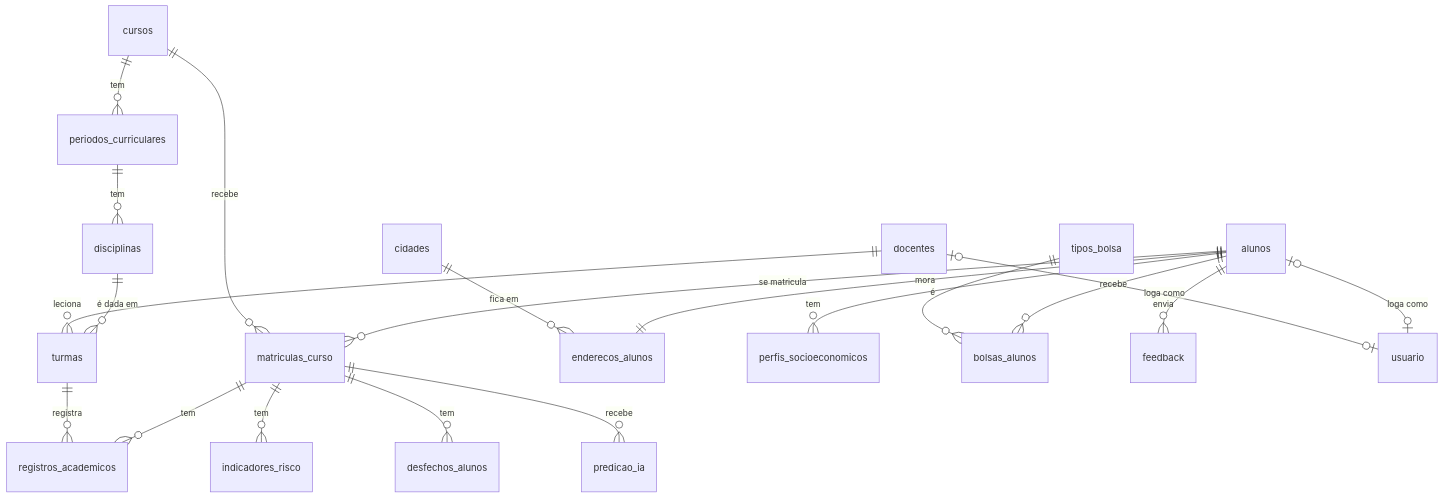
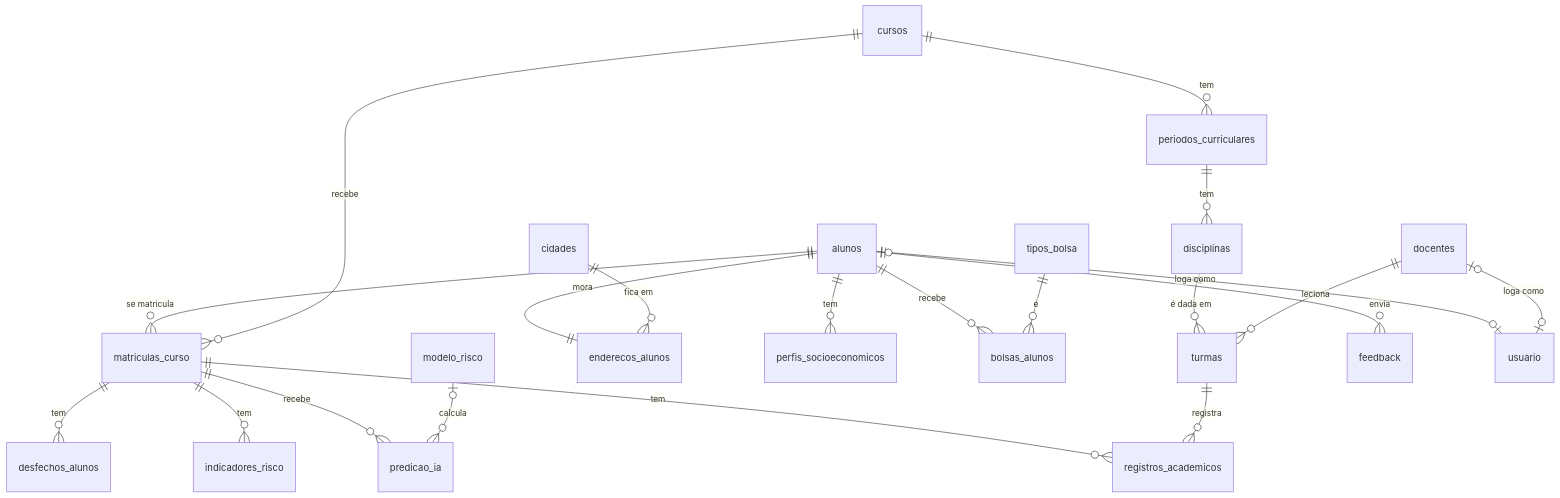
The fourth of 4 diagrams in readme.md (DiegoGDutra/Projeto-Espiada), drawn with Mermaid before and after one commit. The commit also changed other lines of this file, not shown here.

Commit message:
correção da contagem de tabelas no readme: 19 com a modelo_risco

````diff
--- a/readme.md
+++ b/readme.md
@@ -369,22 +369,23 @@
 ```mermaid
 erDiagram
     cursos ||--o{ periodos_curriculares : "tem"
     periodos_curriculares ||--o{ disciplinas : "tem"
     disciplinas ||--o{ turmas : "é dada em"
     docentes ||--o{ turmas : "leciona"
     alunos ||--o{ matriculas_curso : "se matricula"
     cursos ||--o{ matriculas_curso : "recebe"
     matriculas_curso ||--o{ registros_academicos : "tem"
     turmas ||--o{ registros_academicos : "registra"
     alunos ||--|| enderecos_alunos : "mora"
     cidades ||--o{ enderecos_alunos : "fica em"
     alunos ||--o{ perfis_socioeconomicos : "tem"
     alunos ||--o{ bolsas_alunos : "recebe"
     tipos_bolsa ||--o{ bolsas_alunos : "é"
     matriculas_curso ||--o{ indicadores_risco : "tem"
     matriculas_curso ||--o{ desfechos_alunos : "tem"
     matriculas_curso ||--o{ predicao_ia : "recebe"
+    modelo_risco |o--o{ predicao_ia : "calcula"
     alunos ||--o{ feedback : "envia"
     alunos |o--o| usuario : "loga como"
     docentes |o--o| usuario : "loga como"
 ```
````
